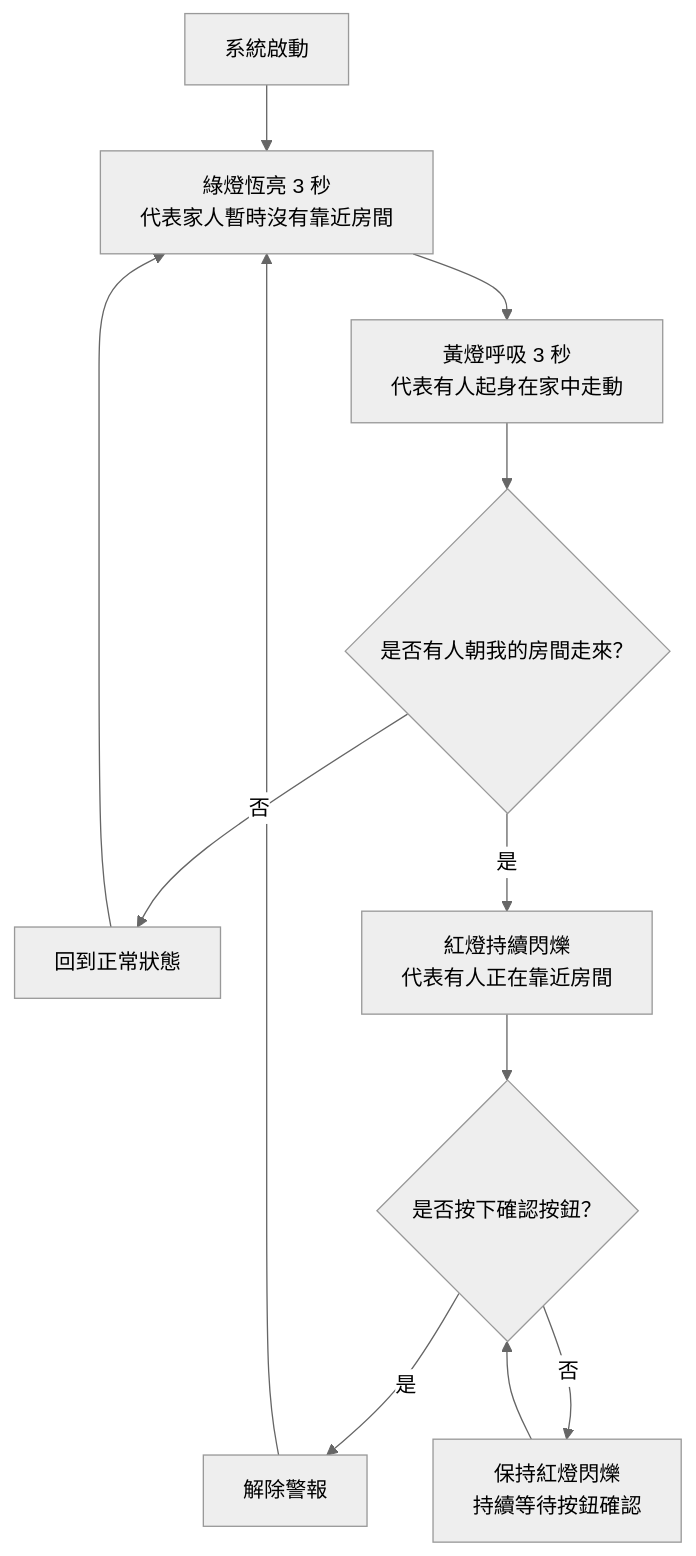
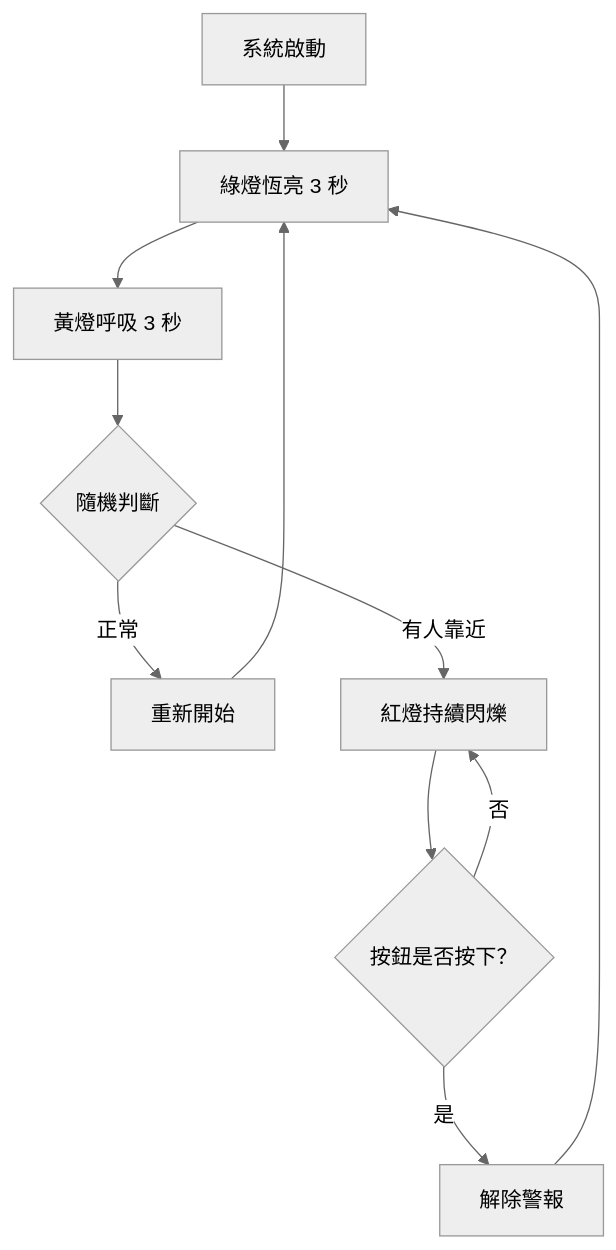
One commit to itsHao7916/STM32-LED-Smart-System-test changed the diagram in README.md. Above: the diagram before and after it, drawn with Mermaid (neutral theme). The commit also changed other lines of this file, not shown here.

````diff
--- a/README.md
+++ b/README.md
@@ -43,18 +111,13 @@
 ```mermaid
 flowchart TD
-    A[系統啟動] --> B[綠燈恆亮 3 秒<br/>代表家人暫時沒有靠近房間]
-    B --> C[黃燈呼吸 3 秒<br/>代表有人起身在家中走動]
-    C --> D{是否有人朝我的房間走來？}
-
-    D -- 否 --> E[回到正常狀態]
+    A["系統啟動"] --> B["綠燈恆亮 3 秒"]
+    B --> C["黃燈呼吸 3 秒"]
+    C --> D{"隨機判斷"}
+    D -->|正常| E["重新開始"]
+    D -->|有人靠近| F["紅燈持續閃爍"]
     E --> B
-
-    D -- 是 --> F[紅燈持續閃爍<br/>代表有人正在靠近房間]
-    F --> G{是否按下確認按鈕？}
-
-    G -- 是 --> H[解除警報]
+    F --> G{"按鈕是否按下？"}
+    G -->|是| H["解除警報"]
+    G -->|否| F
     H --> B
-
-    G -- 否 --> I[保持紅燈閃爍<br/>持續等待按鈕確認]
-    I --> G
 ```
````
